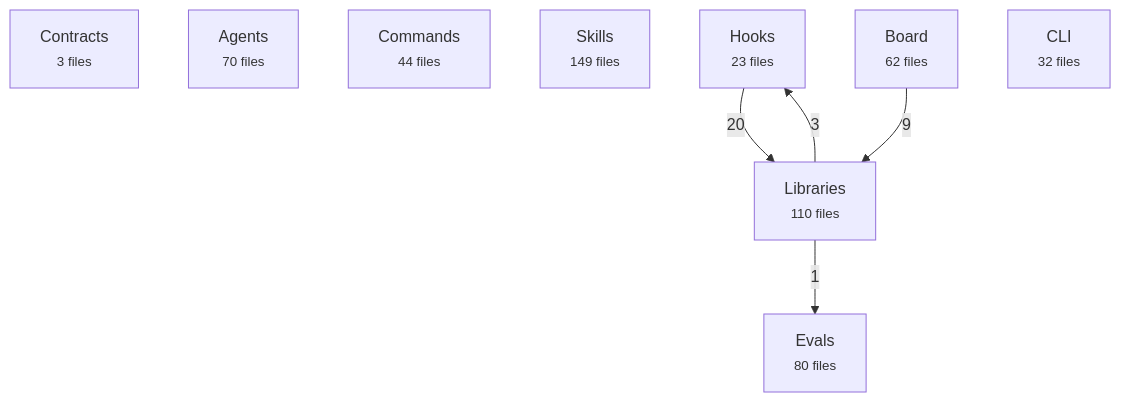
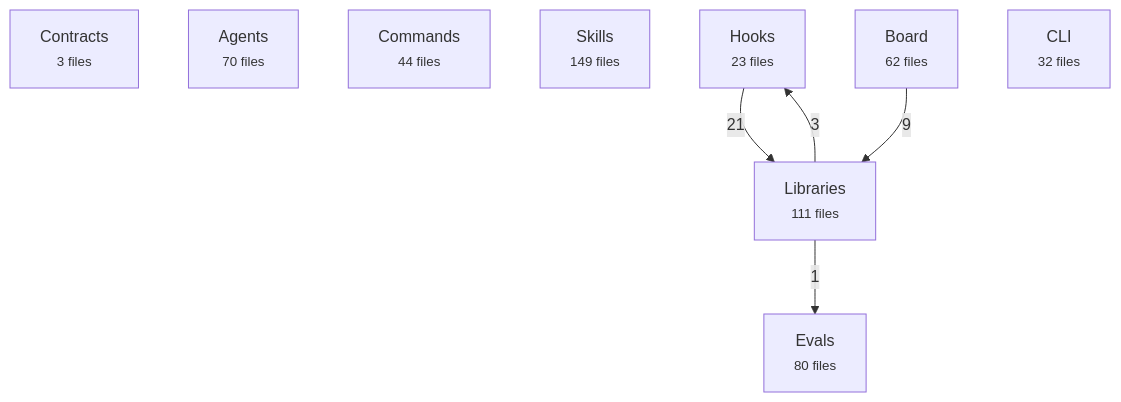
One commit to avelikiy/great_cto changed the first of 2 diagrams in docs/reference/architecture-map.md. Above: the diagram before and after it, drawn with Mermaid. The commit also changed other lines of this file and 6 other files, not shown here.

````diff
--- a/docs/reference/architecture-map.md
+++ b/docs/reference/architecture-map.md
@@ -20,16 +20,16 @@
 ```mermaid
 flowchart TD
   contracts["Contracts<br/><small>3 files</small>"]
   agents["Agents<br/><small>70 files</small>"]
   commands["Commands<br/><small>44 files</small>"]
   skills["Skills<br/><small>149 files</small>"]
   hooks["Hooks<br/><small>23 files</small>"]
-  libs["Libraries<br/><small>110 files</small>"]
+  libs["Libraries<br/><small>111 files</small>"]
   board["Board<br/><small>62 files</small>"]
   cli["CLI<br/><small>32 files</small>"]
   evals["Evals<br/><small>80 files</small>"]
-  hooks -->|20| libs
+  hooks -->|21| libs
   board -->|9| libs
   libs -->|3| hooks
   libs -->|1| evals
 ```
````
